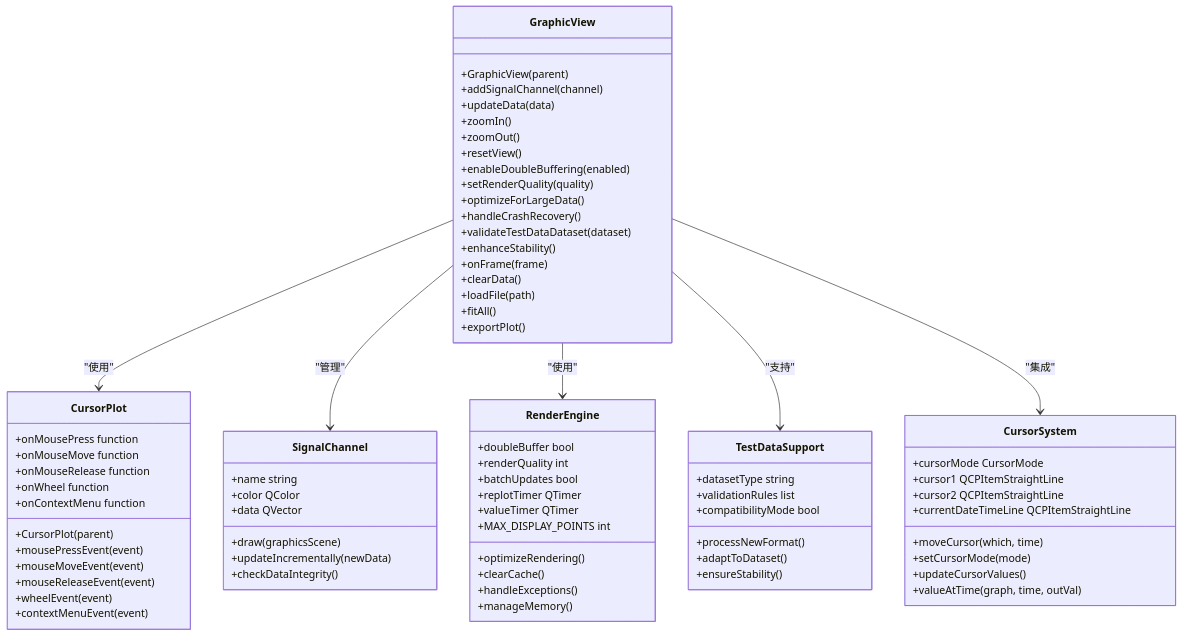
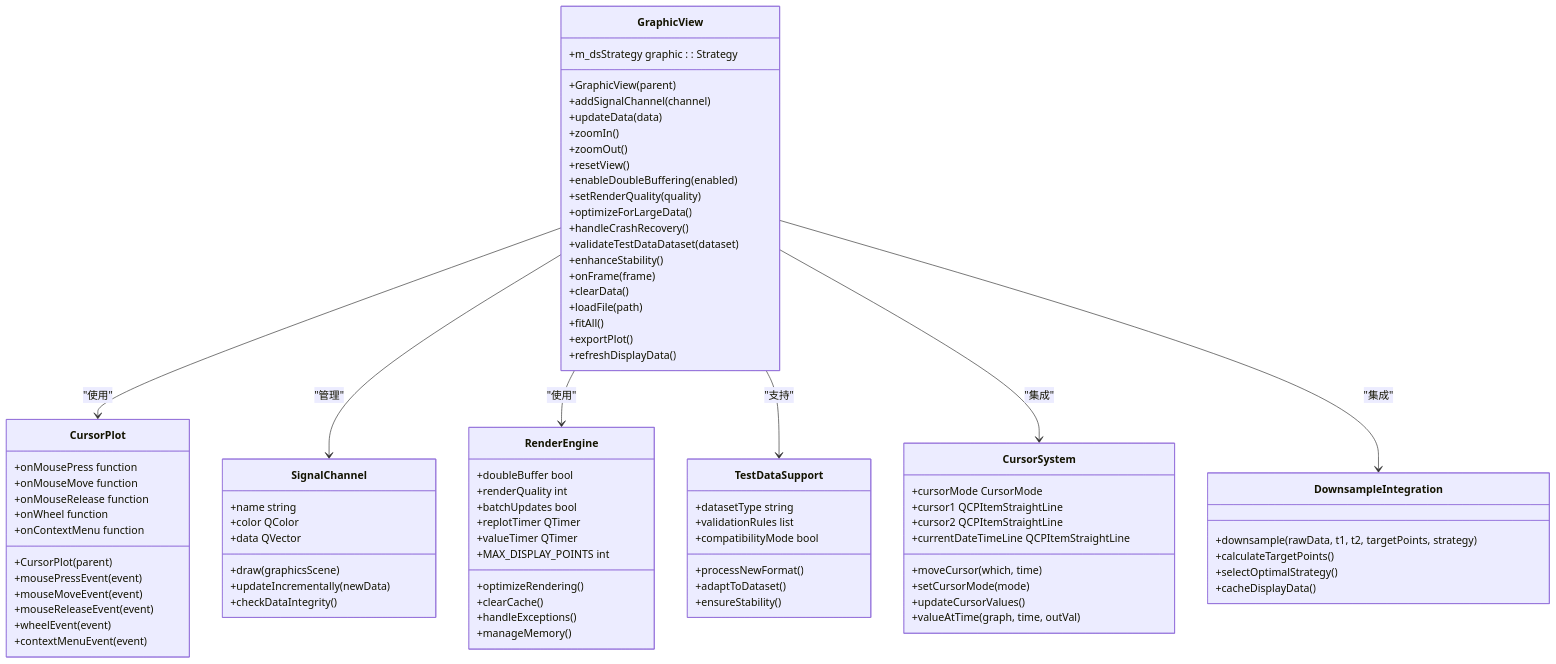
Before and after one commit to jakecai1225-design/OpenBus: diagram 13 of 29 in .qoder/repowiki/zh/content/架构设计/UI系统设计/UI系统设计.md, drawn with Mermaid. The commit also changed other lines of this file and 20 other files, not shown here.

````diff
--- a/.qoder/repowiki/zh/content/架构设计/UI系统设计/UI系统设计.md
+++ b/.qoder/repowiki/zh/content/架构设计/UI系统设计/UI系统设计.md
@@ -955,6 +1020,8 @@
 +loadFile(path)
 +fitAll()
 +exportPlot()
++m_dsStrategy graphic : : Strategy
++refreshDisplayData()
 }
 class CursorPlot {
 +CursorPlot(parent)
@@ -1007,9 +1074,16 @@
 +updateCursorValues()
 +valueAtTime(graph, time, outVal)
 }
+class DownsampleIntegration {
++downsample(rawData, t1, t2, targetPoints, strategy)
++calculateTargetPoints()
++selectOptimalStrategy()
++cacheDisplayData()
+}
 GraphicView --> CursorPlot : "使用"
 GraphicView --> SignalChannel : "管理"
 GraphicView --> RenderEngine : "使用"
 GraphicView --> TestDataSupport : "支持"
 GraphicView --> CursorSystem : "集成"
+GraphicView --> DownsampleIntegration : "集成"
 ```
````
